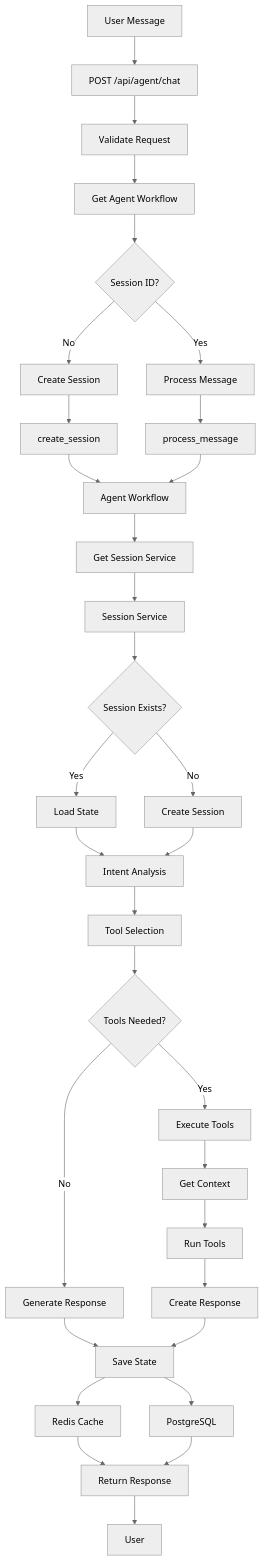
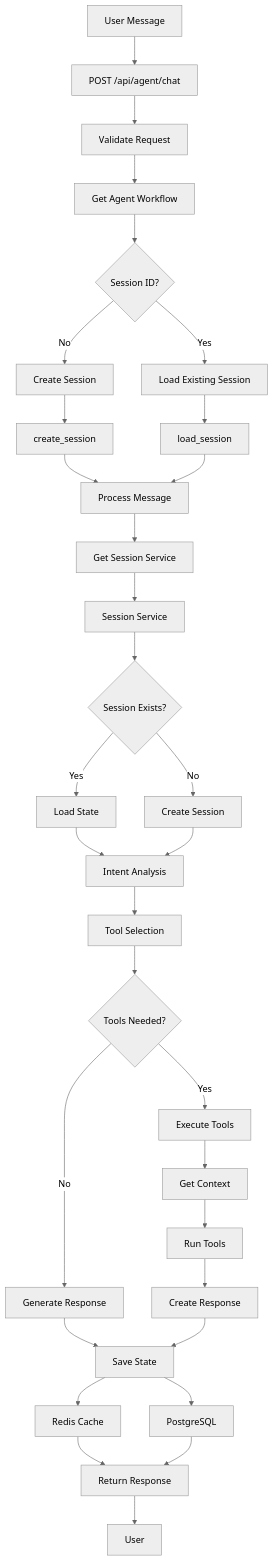
One commit to py-react/agent-with-context changed the third of 4 diagrams in README.md. Above: the diagram before and after it, drawn with Mermaid (neutral theme).

````diff
--- a/README.md
+++ b/README.md
@@ -169,45 +169,45 @@
 ```mermaid
 graph TD
     A[User Message] --> B[POST /api/agent/chat]
     B --> C[Validate Request]
     C --> D[Get Agent Workflow]
     D --> E{Session ID?}
     
     E -->|No| F[Create Session]
-    E -->|Yes| G[Process Message]
+    E -->|Yes| G[Load Existing Session]
     
     F --> H[create_session]
-    G --> I[process_message]
+    G --> I[load_session]
     
-    H --> J[Agent Workflow]
+    H --> J[Process Message]
     I --> J
     
     J --> K[Get Session Service]
     K --> L[Session Service]
     L --> M{Session Exists?}
     
     M -->|Yes| N[Load State]
     M -->|No| O[Create Session]
     
     N --> P[Intent Analysis]
     O --> P
     
     P --> Q[Tool Selection]
     Q --> R{Tools Needed?}
     
     R -->|Yes| S[Execute Tools]
     R -->|No| T[Generate Response]
     
     S --> U[Get Context]
     U --> V[Run Tools]
     V --> W[Create Response]
     
     T --> X[Save State]
     W --> X
     X --> Y[Redis Cache]
     X --> Z[PostgreSQL]
     
     Y --> AA[Return Response]
     Z --> AA
     AA --> BB[User]
 ```
````
